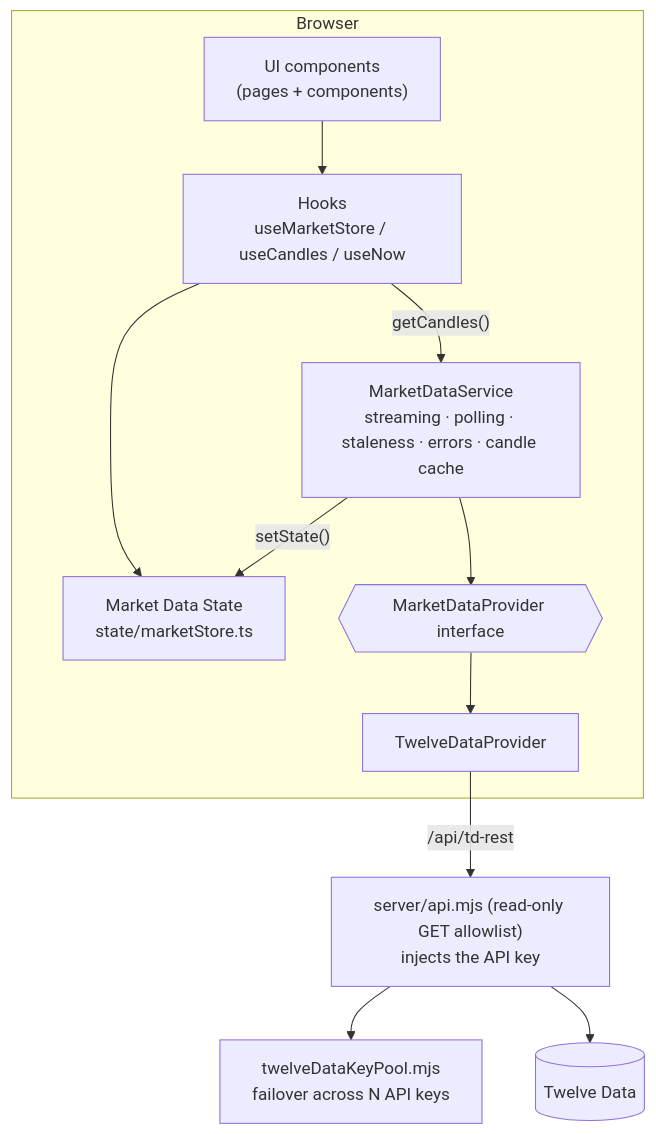
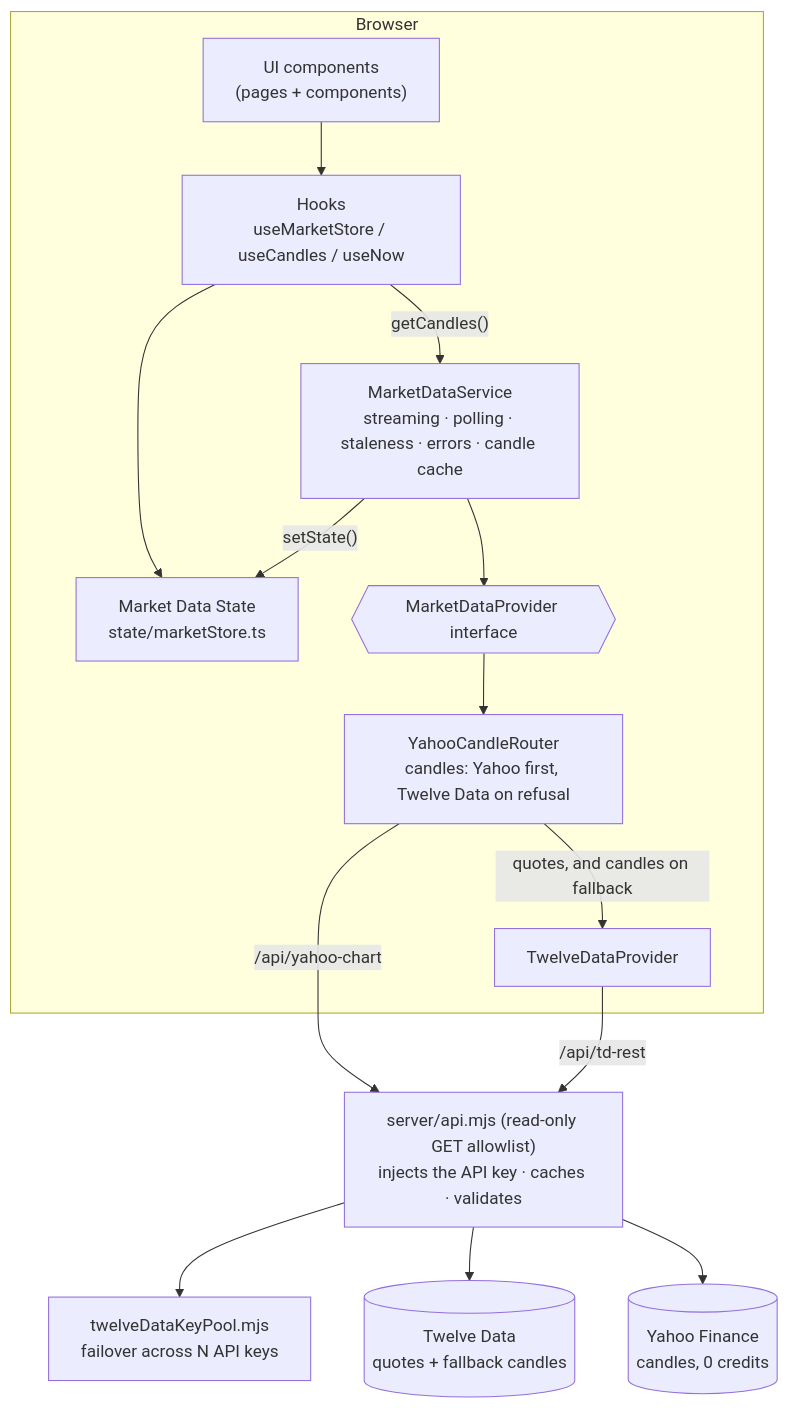
The third of 6 diagrams in README.md (davide963-ux/ichialgo-ve-rea), drawn with Mermaid before and after one commit. The commit also changed other lines of this file and 12 other files, not shown here.

First line of the commit message:
Take chart candles from Yahoo, so a chart costs no Twelve Data credits (#21)

````diff
--- a/README.md
+++ b/README.md
@@ -163,23 +213,28 @@
 ```mermaid
 flowchart TD
     subgraph Browser
       UI["UI components<br/>(pages + components)"]
       Hooks["Hooks<br/>useMarketStore / useCandles / useNow"]
       Store["Market Data State<br/>state/marketStore.ts"]
       Svc["MarketDataService<br/>streaming · polling · staleness · errors · candle cache"]
       IF{{"MarketDataProvider interface"}}
+      RT["YahooCandleRouter<br/>candles: Yahoo first, Twelve Data on refusal"]
       TD["TwelveDataProvider"]
     end
-    Proxy["server/api.mjs (read-only GET allowlist)<br/>injects the API key"]
+    Proxy["server/api.mjs (read-only GET allowlist)<br/>injects the API key · caches · validates"]
     Pool["twelveDataKeyPool.mjs<br/>failover across N API keys"]
-    TDAPI[("Twelve Data")]
+    TDAPI[("Twelve Data<br/>quotes + fallback candles")]
+    YAPI[("Yahoo Finance<br/>candles, 0 credits")]
 
     UI --> Hooks --> Store
     Svc -- "setState()" --> Store
     Hooks -- "getCandles()" --> Svc
     Svc --> IF
-    IF --> TD
+    IF --> RT
+    RT -- "quotes, and candles on fallback" --> TD
+    RT -- "/api/yahoo-chart" --> Proxy
     TD -- "/api/td-rest" --> Proxy
     Proxy --> Pool
     Proxy --> TDAPI
+    Proxy --> YAPI
 ```
````
